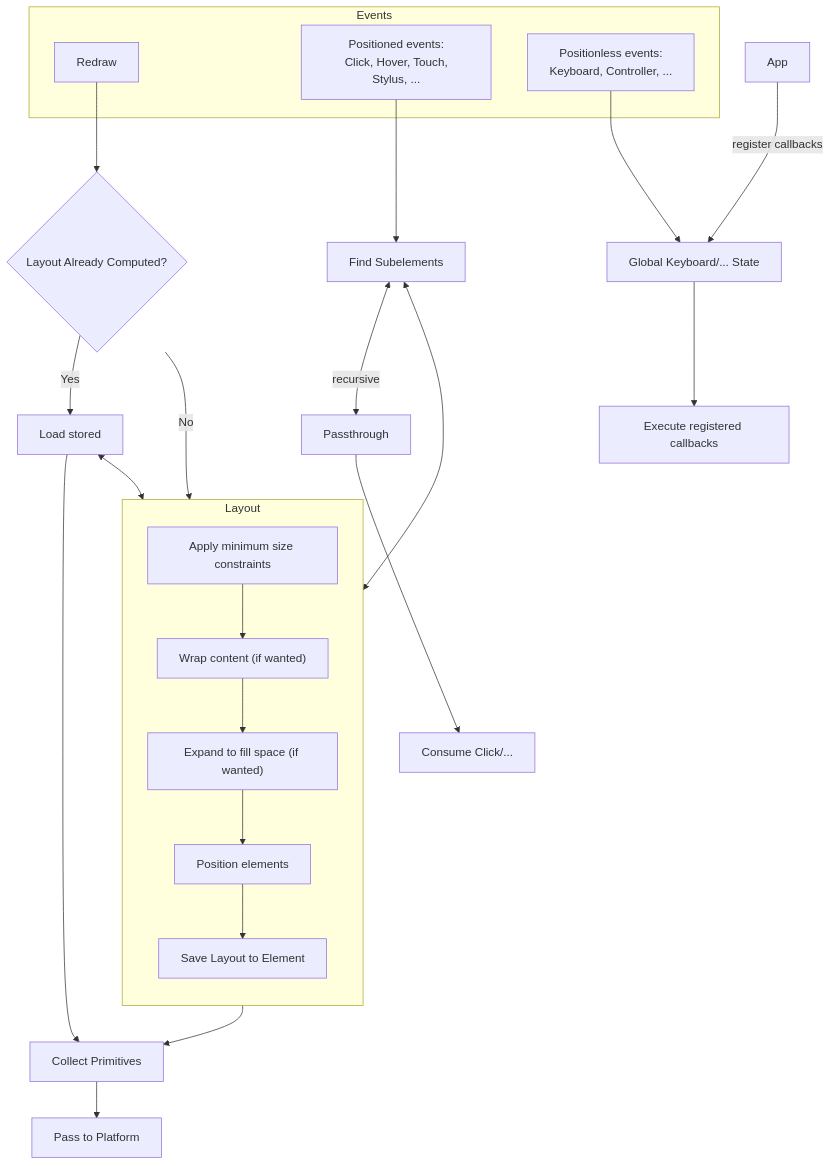
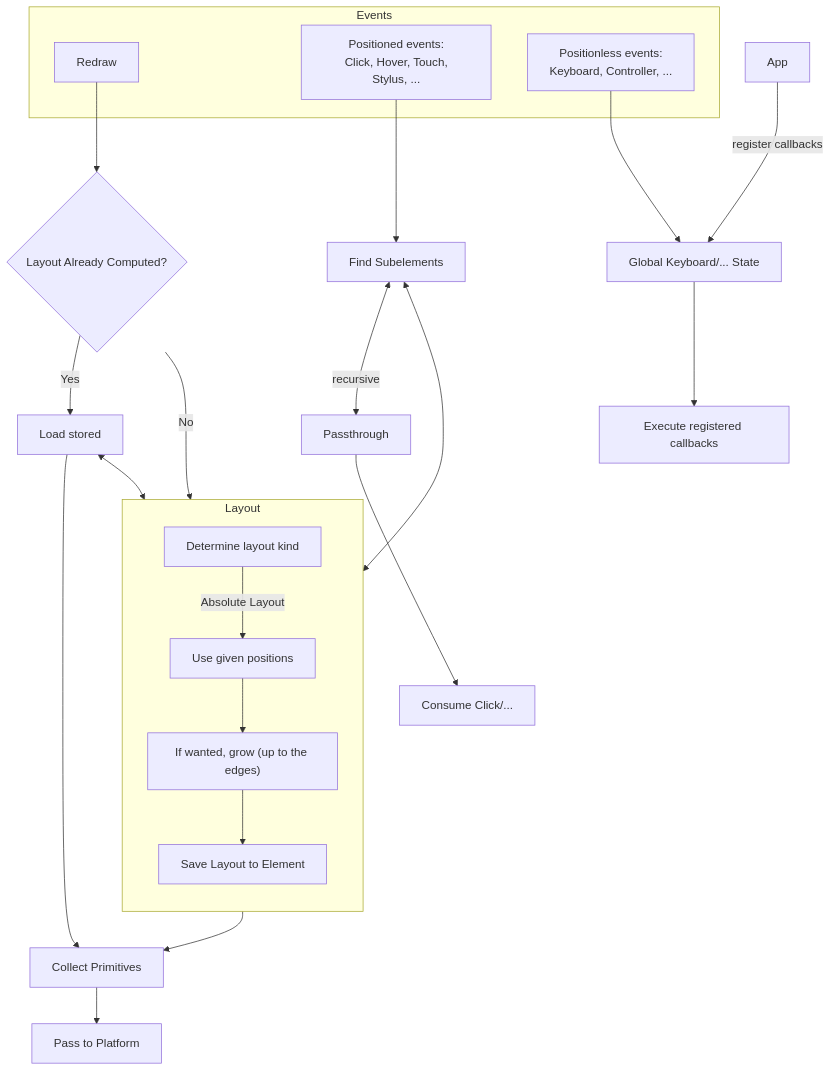
One commit to Xyndra/render changed the second of 2 diagrams in DEVELOPING.md. Above: the diagram before and after it, drawn with Mermaid. The commit also changed other lines of this file and 13 other files, not shown here.

````diff
--- a/DEVELOPING.md
+++ b/DEVELOPING.md
@@ -29,32 +29,31 @@
 ```mermaid
 flowchart TD
     subgraph Events
         Redraw
         Click["Positioned events:\n Click, Hover, Touch, Stylus, ..."]
         Keyboard["Positionless events:\n Keyboard, Controller, ..."]
     end
     Computed{Layout Already Computed?} -- Yes --> Load["Load stored"]
     Computed -- No --> Layout
     Redraw --> Computed
     subgraph Layout
         direction TB
-        Min["Apply minimum size constraints"] --> Wrap 
-        Wrap["Wrap content (if wanted)"] --> Expand
-        Expand["Expand to fill space (if wanted)"] --> Position["Position elements"]
-        Position --> Save
+        Kind["Determine layout kind"] -- Absolute Layout --> Position
+        Position["Use given positions"] --> Size
+        Size["If wanted, grow (up to the edges)"] --> Save
         Save["Save Layout to Element"]
     end
     Load <--> Save
     Load --> Collect
     Save --> Collect
     Collect["Collect Primitives"] --> Pass["Pass to Platform"]
 
     Click --> Find
     Find["Find Subelements "] <--> Save
     Find <-- recursive --> Passthrough
     Passthrough --> Consume["Consume Click/..."]
 
     Keyboard --> Global["Global Keyboard/... State"]
     App -- register callbacks --> Global
     Global --> Execute["Execute registered callbacks"]
 ```
````
